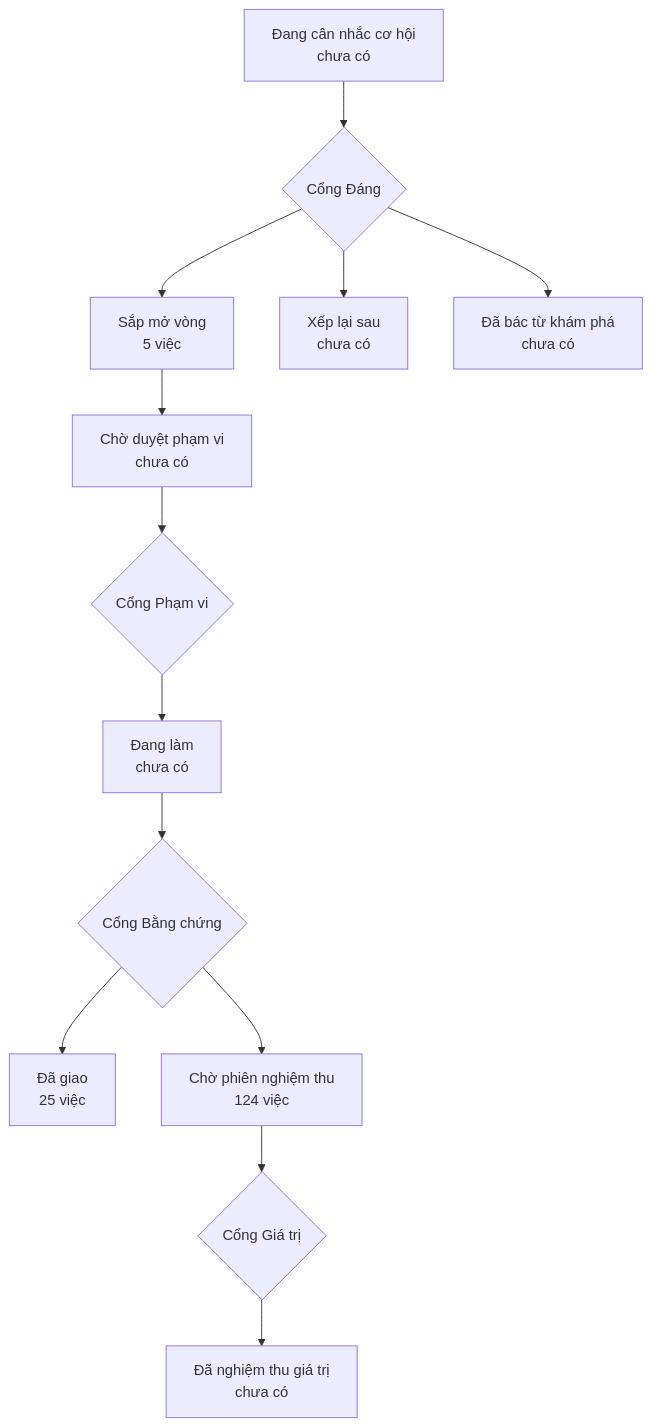
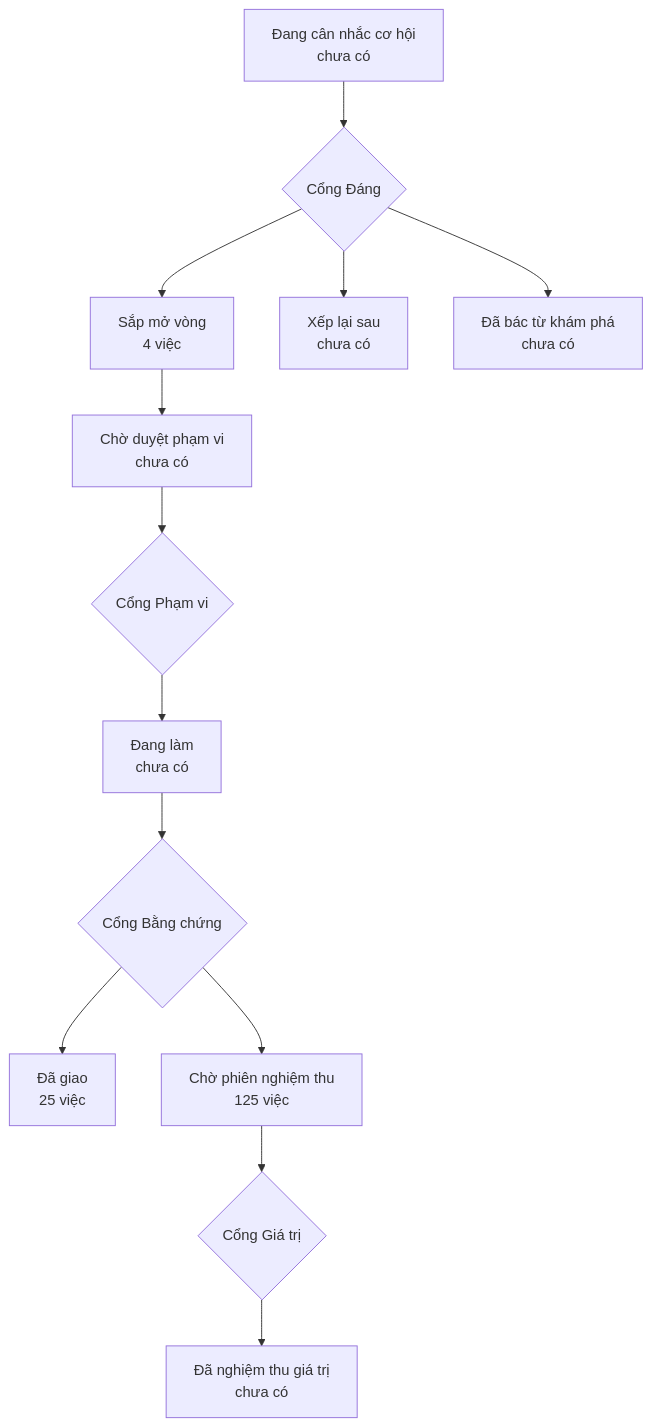
One commit to phanlemanh/onehub-quy-hang changed the diagram in PRODUCT-MAP.md. Above: the diagram before and after it, drawn with Mermaid. The commit also changed 1 other file, not shown here.

Commit message:
chore: vẽ lại bản đồ sau gộp main (#206)

````diff
--- a/PRODUCT-MAP.md
+++ b/PRODUCT-MAP.md
@@ -7,12 +7,12 @@
 ```mermaid
 flowchart TD
   A["Đang cân nhắc cơ hội<br/>chưa có"] --> GD{"Cổng Đáng"}
-  GD --> B["Sắp mở vòng<br/>5 việc"]
+  GD --> B["Sắp mở vòng<br/>4 việc"]
   GD --> XL["Xếp lại sau<br/>chưa có"]
   GD --> DB["Đã bác từ khám phá<br/>chưa có"]
   B --> CD["Chờ duyệt phạm vi<br/>chưa có"] --> GP{"Cổng Phạm vi"}
   GP --> DL["Đang làm<br/>chưa có"] --> GB{"Cổng Bằng chứng"}
   GB --> DG["Đã giao<br/>25 việc"]
-  GB --> CN["Chờ phiên nghiệm thu<br/>124 việc"] --> GG{"Cổng Giá trị"}
+  GB --> CN["Chờ phiên nghiệm thu<br/>125 việc"] --> GG{"Cổng Giá trị"}
   GG --> NT["Đã nghiệm thu giá trị<br/>chưa có"]
 ```
````
